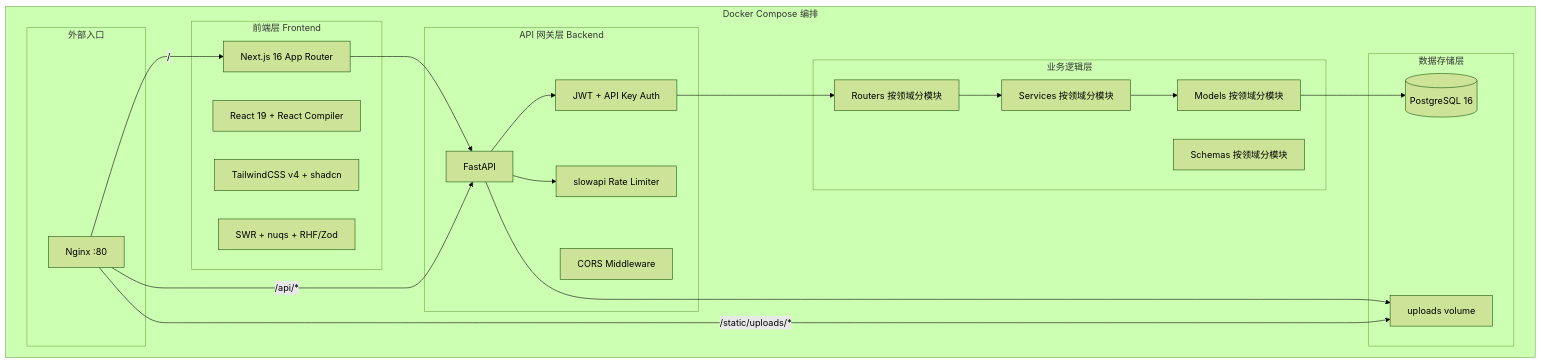
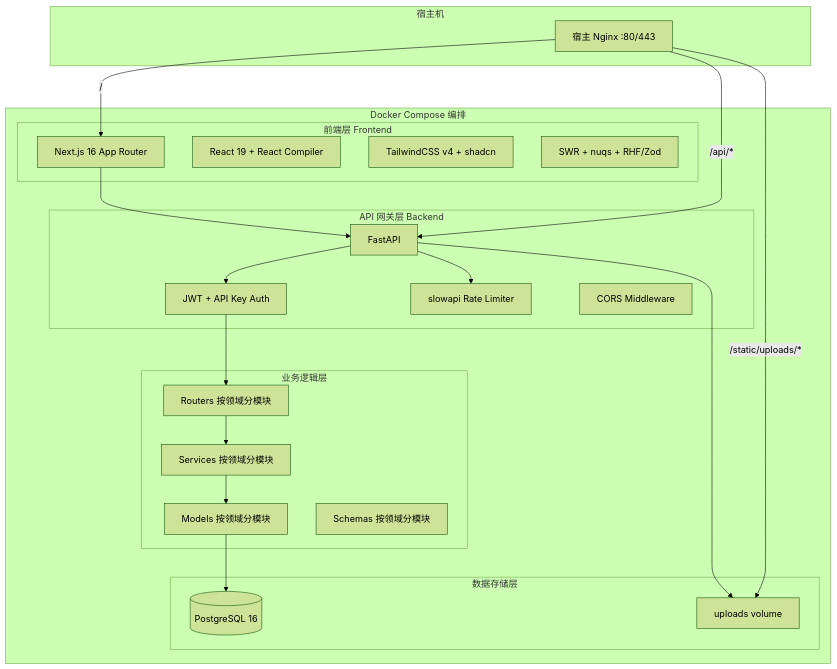
The first of 9 diagrams in README.md (kakaoxy/profo), drawn with Mermaid (forest theme) before and after one commit. The commit also changed other lines of this file and 1 other file, not shown here.

First line of the commit message:
docs(readme): 修正从 clone 到启动的流程与架构图

````diff
--- a/README.md
+++ b/README.md
@@ -76,42 +76,42 @@
 ```mermaid
 graph TB
+    subgraph "宿主机"
+        NX[宿主 Nginx :80/443]
+    end
     subgraph "Docker Compose 编排"
-        subgraph "外部入口"
-            NX[Nginx :80]
-        end
         subgraph "前端层 Frontend"
             A[Next.js 16 App Router]
             B[React 19 + React Compiler]
             C[TailwindCSS v4 + shadcn]
             D[SWR + nuqs + RHF/Zod]
         end
         subgraph "API 网关层 Backend"
             F[FastAPI]
             G[JWT + API Key Auth]
             H[slowapi Rate Limiter]
             I[CORS Middleware]
         end
         subgraph "业务逻辑层"
             J[Routers 按领域分模块]
             K[Services 按领域分模块]
             L[Models 按领域分模块]
             M[Schemas 按领域分模块]
         end
         subgraph "数据存储层"
             N[(PostgreSQL 16)]
             O[uploads volume]
         end
     end
 
     NX -->|/api/*| F
     NX -->|/static/uploads/*| O
     NX -->|/| A
     A --> F
     F --> G
     F --> H
     G --> J
     J --> K
     K --> L
     L --> N
     F --> O
 ```
````
